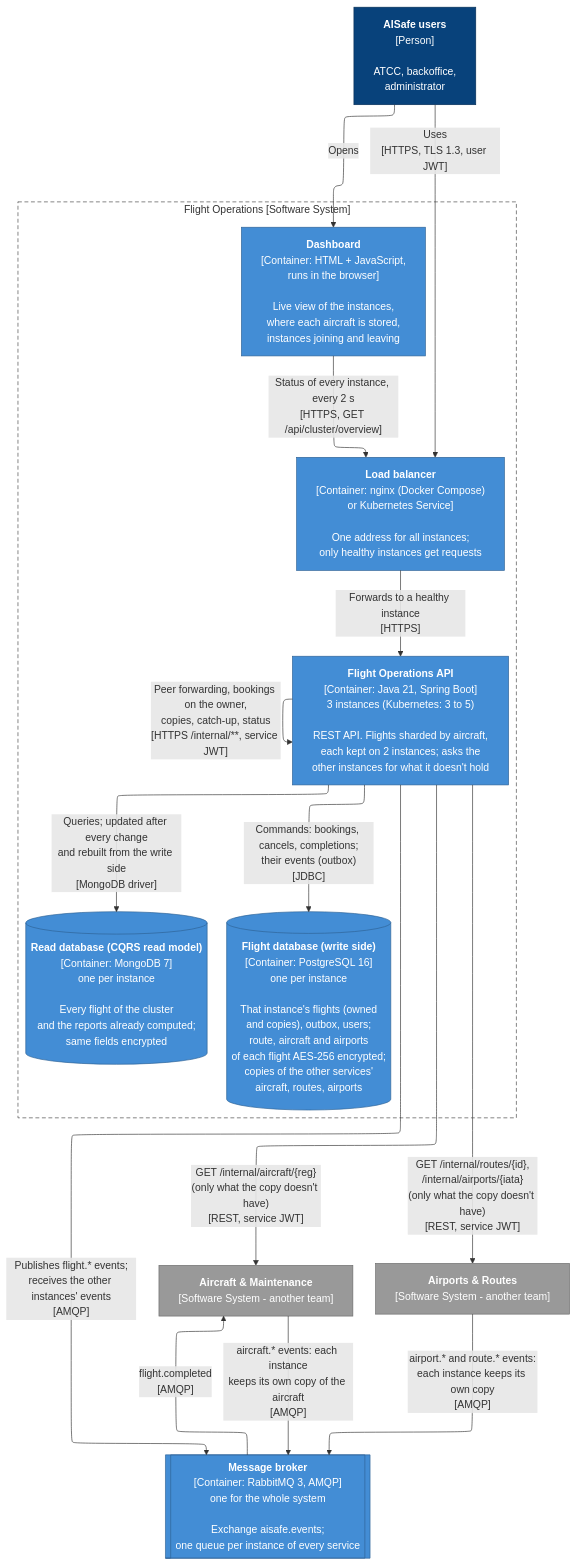
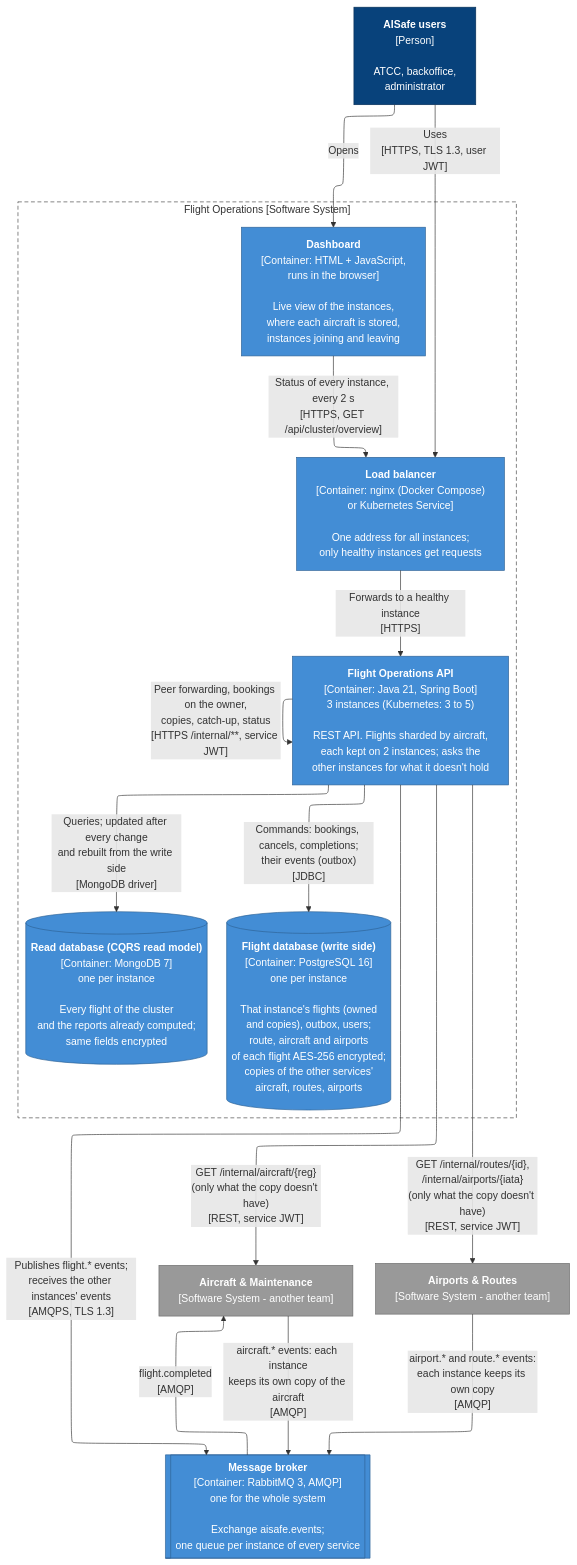
The diagram in docs/c4/2-containers.mmd (ImJay1527/flight-operations-service), drawn with Mermaid before and after one commit. The commit also changed 11 other files, not shown here.

First line of the commit message:
AMQPS: the broker connection uses TLS 1.3

```diff
--- a/docs/c4/2-containers.mmd
+++ b/docs/c4/2-containers.mmd
@@ -1,45 +1,45 @@
 ---
 config:
   layout: elk
   flowchart:
     wrappingWidth: 400
 ---
 %% C4 Level 2 - Containers of Flight Operations: the separately deployable parts and how they talk
 flowchart TB
     users["<b>AISafe users</b><br/>[Person]<br/><br/>ATCC, backoffice,<br/>administrator"]
 
     subgraph FO["Flight Operations [Software System]"]
         direction TB
         dash["<b>Dashboard</b><br/>[Container: HTML + JavaScript,<br/>runs in the browser]<br/><br/>Live view of the instances,<br/>where each aircraft is stored,<br/>instances joining and leaving"]
         lb["<b>Load balancer</b><br/>[Container: nginx (Docker Compose)<br/>or Kubernetes Service]<br/><br/>One address for all instances;<br/>only healthy instances get requests"]
         api["<b>Flight Operations API</b><br/>[Container: Java 21, Spring Boot]<br/>3 instances (Kubernetes: 3 to 5)<br/><br/>REST API. Flights sharded by aircraft,<br/>each kept on 2 instances; asks the<br/>other instances for what it doesn't hold"]
         db[("<b>Flight database (write side)</b><br/>[Container: PostgreSQL 16]<br/>one per instance<br/><br/>That instance's flights (owned<br/>and copies), outbox, users;<br/>route, aircraft and airports<br/>of each flight AES-256 encrypted;<br/>copies of the other services'<br/>aircraft, routes, airports")]
         rdb[("<b>Read database (CQRS read model)</b><br/>[Container: MongoDB 7]<br/>one per instance<br/><br/>Every flight of the cluster<br/>and the reports already computed;<br/>same fields encrypted")]
     end
 
     mq[["<b>Message broker</b><br/>[Container: RabbitMQ 3, AMQP]<br/>one for the whole system<br/><br/>Exchange aisafe.events;<br/>one queue per instance of every service"]]
     am["<b>Aircraft & Maintenance</b><br/>[Software System - another team]"]
     ar["<b>Airports & Routes</b><br/>[Software System - another team]"]
 
     users -->|"Uses<br/>[HTTPS, TLS 1.3, user JWT]"| lb
     users -->|"Opens"| dash
     dash -->|"Status of every instance, every 2 s<br/>[HTTPS, GET /api/cluster/overview]"| lb
     lb -->|"Forwards to a healthy instance<br/>[HTTPS]"| api
     api -->|"Commands: bookings, cancels, completions;<br/>their events (outbox)<br/>[JDBC]"| db
     api -->|"Queries; updated after every change<br/>and rebuilt from the write side<br/>[MongoDB driver]"| rdb
-    api -->|"Publishes flight.* events;<br/>receives the other instances' events<br/>[AMQP]"| mq
+    api -->|"Publishes flight.* events;<br/>receives the other instances' events<br/>[AMQPS, TLS 1.3]"| mq
     mq -->|"flight.completed<br/>[AMQP]"| am
     am -->|"aircraft.* events: each instance<br/>keeps its own copy of the aircraft<br/>[AMQP]"| mq
     api -->|"Peer forwarding, bookings on the owner,<br/>copies, catch-up, status<br/>[HTTPS /internal/**, service JWT]"| api
     api -->|"GET /internal/aircraft/{reg}<br/>(only what the copy doesn't have)<br/>[REST, service JWT]"| am
     api -->|"GET /internal/routes/{id},<br/>/internal/airports/{iata}<br/>(only what the copy doesn't have)<br/>[REST, service JWT]"| ar
     ar -->|"airport.* and route.* events:<br/>each instance keeps its own copy<br/>[AMQP]"| mq
 
     classDef person fill:#08427b,stroke:#052e56,color:#ffffff
     classDef container fill:#438dd5,stroke:#2e6295,color:#ffffff
     classDef external fill:#999999,stroke:#6b6b6b,color:#ffffff
     class users person
     class dash,lb,api,db,rdb container
     class am,ar external
     class mq container
     style FO fill:none,stroke:#444444,stroke-dasharray:6 4
```
